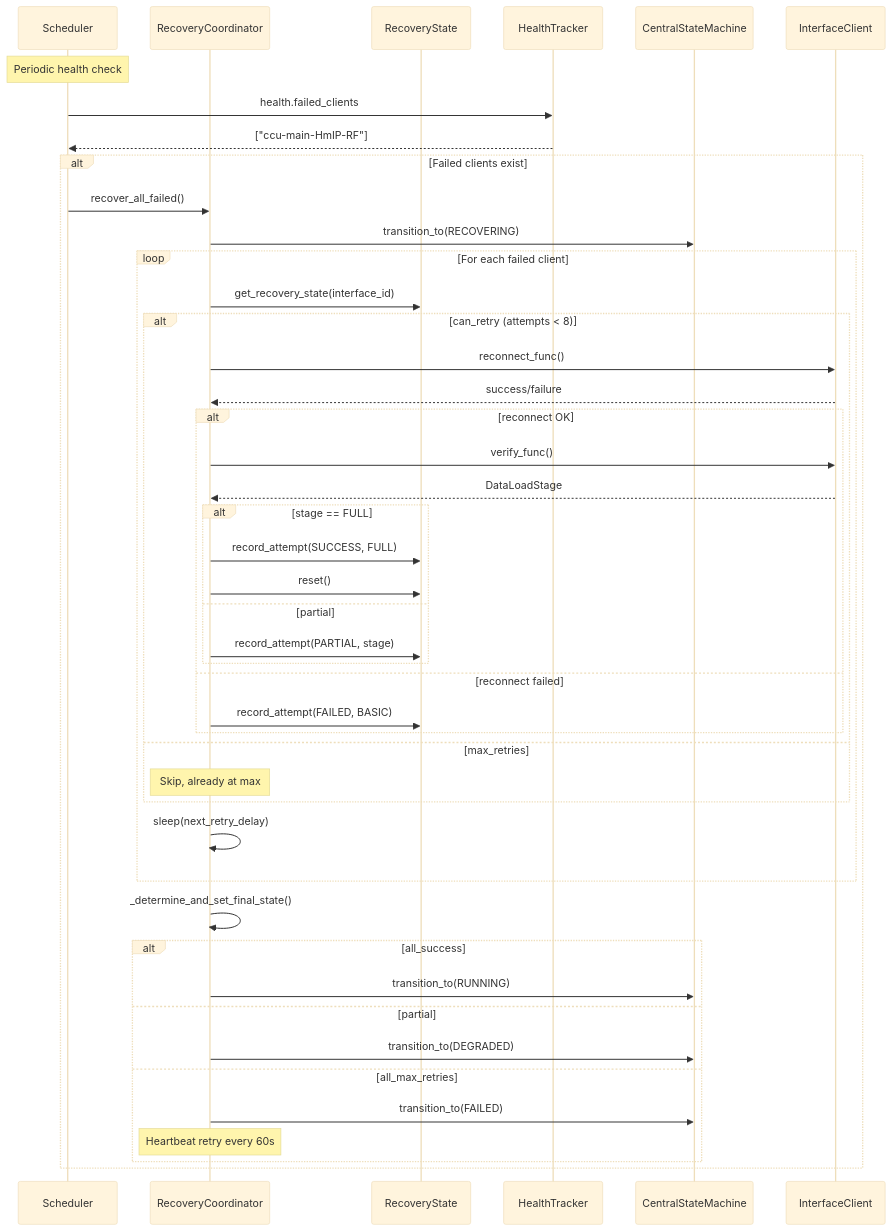
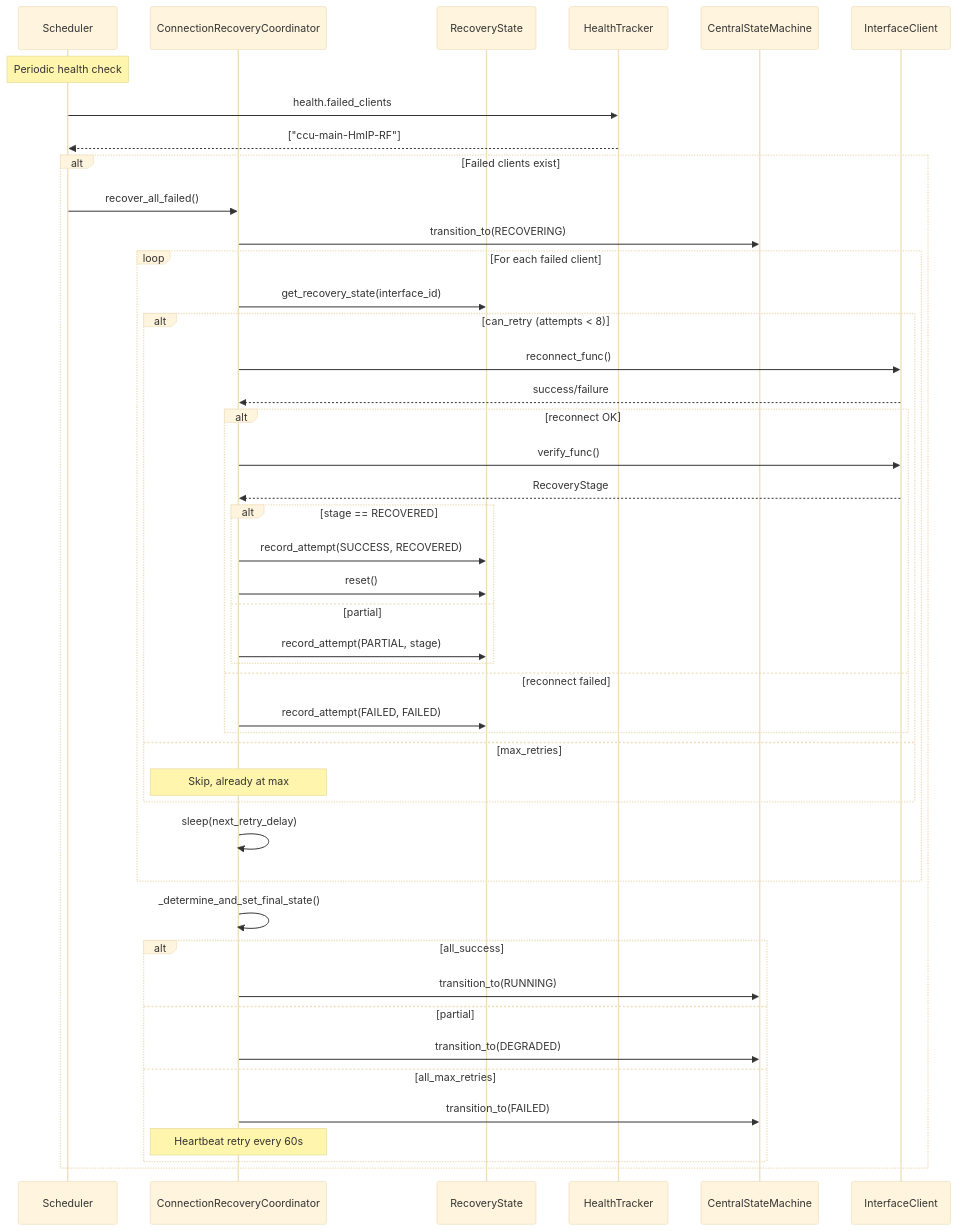
One commit to SukramJ/aiohomematic changed diagram 16 of 17 in docs/architecture/sequence_diagrams.md. Above: the diagram before and after it, drawn with Mermaid (base theme). The commit also changed other lines of this file and 17 other files, not shown here.

````diff
--- a/docs/architecture/sequence_diagrams.md
+++ b/docs/architecture/sequence_diagrams.md
@@ -1243,56 +1253,56 @@
 ```mermaid
 sequenceDiagram
     participant Sched as Scheduler
-    participant RC as RecoveryCoordinator
+    participant RC as ConnectionRecoveryCoordinator
     participant RS as RecoveryState
     participant HT as HealthTracker
     participant CSM as CentralStateMachine
     participant Client as InterfaceClient
 
     Note over Sched: Periodic health check
     Sched->>HT: health.failed_clients
     HT-->>Sched: ["ccu-main-HmIP-RF"]
 
     alt Failed clients exist
         Sched->>RC: recover_all_failed()
         RC->>CSM: transition_to(RECOVERING)
 
         loop For each failed client
             RC->>RS: get_recovery_state(interface_id)
 
             alt can_retry (attempts < 8)
                 RC->>Client: reconnect_func()
                 Client-->>RC: success/failure
 
                 alt reconnect OK
                     RC->>Client: verify_func()
-                    Client-->>RC: DataLoadStage
+                    Client-->>RC: RecoveryStage
 
-                    alt stage == FULL
-                        RC->>RS: record_attempt(SUCCESS, FULL)
+                    alt stage == RECOVERED
+                        RC->>RS: record_attempt(SUCCESS, RECOVERED)
                         RC->>RS: reset()
                     else partial
                         RC->>RS: record_attempt(PARTIAL, stage)
                     end
                 else reconnect failed
-                    RC->>RS: record_attempt(FAILED, BASIC)
+                    RC->>RS: record_attempt(FAILED, FAILED)
                 end
             else max_retries
                 Note over RC: Skip, already at max
             end
 
             RC->>RC: sleep(next_retry_delay)
         end
 
         RC->>RC: _determine_and_set_final_state()
 
         alt all_success
             RC->>CSM: transition_to(RUNNING)
         else partial
             RC->>CSM: transition_to(DEGRADED)
         else all_max_retries
             RC->>CSM: transition_to(FAILED)
             Note over RC: Heartbeat retry every 60s
         end
     end
 ```
````
